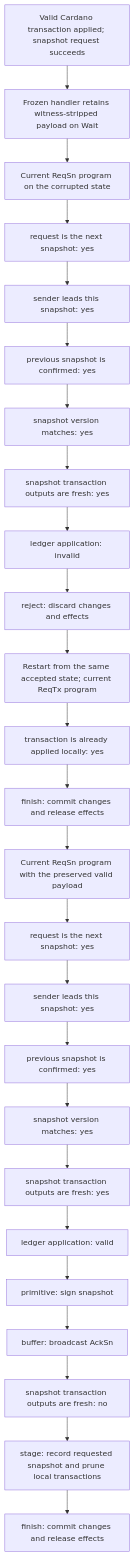
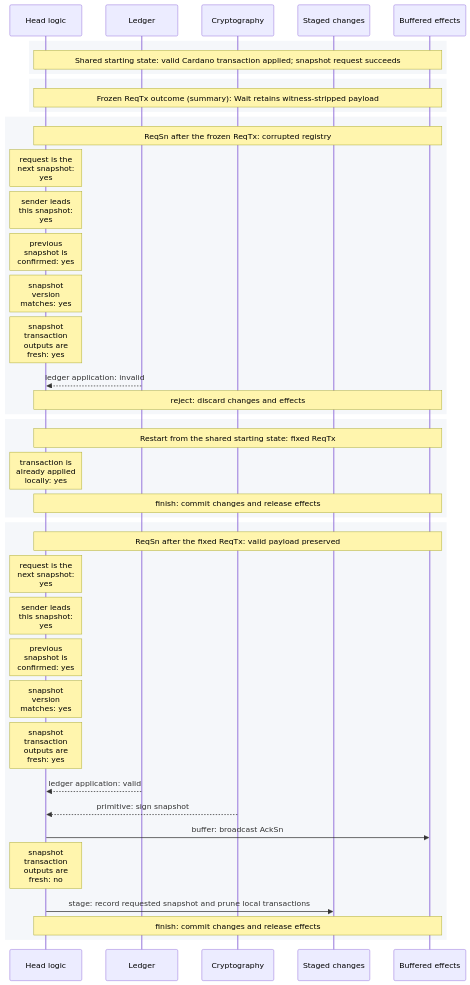
One commit to cardano-scaling/hydra changed the diagram in docs/docs/dev/architecture/head-logic-traces/registry-demo-v1.json.mmd. Above: the diagram before and after it, drawn with Mermaid. The commit also changed 25 other files, not shown here.

Commit message:
re-org diagrams

```diff
--- a/docs/docs/dev/architecture/head-logic-traces/registry-demo-v1.json.mmd
+++ b/docs/docs/dev/architecture/head-logic-traces/registry-demo-v1.json.mmd
@@ -1,50 +1,42 @@
-flowchart TD
-  n0["Valid Cardano transaction applied; snapshot request succeeds"]
-  n1["Frozen handler retains witness-stripped payload on Wait"]
-  n2["Current ReqSn program on the corrupted state"]
-  n3["request is the next snapshot: yes"]
-  n4["sender leads this snapshot: yes"]
-  n5["previous snapshot is confirmed: yes"]
-  n6["snapshot version matches: yes"]
-  n7["snapshot transaction outputs are fresh: yes"]
-  n8["ledger application: invalid"]
-  n9["reject: discard changes and effects"]
-  n10["Restart from the same accepted state; current ReqTx program"]
-  n11["transaction is already applied locally: yes"]
-  n12["finish: commit changes and release effects"]
-  n13["Current ReqSn program with the preserved valid payload"]
-  n14["request is the next snapshot: yes"]
-  n15["sender leads this snapshot: yes"]
-  n16["previous snapshot is confirmed: yes"]
-  n17["snapshot version matches: yes"]
-  n18["snapshot transaction outputs are fresh: yes"]
-  n19["ledger application: valid"]
-  n20["primitive: sign snapshot"]
-  n21["buffer: broadcast AckSn"]
-  n22["snapshot transaction outputs are fresh: no"]
-  n23["stage: record requested snapshot and prune local transactions"]
-  n24["finish: commit changes and release effects"]
-  n0 --> n1
-  n1 --> n2
-  n2 --> n3
-  n3 --> n4
-  n4 --> n5
-  n5 --> n6
-  n6 --> n7
-  n7 --> n8
-  n8 --> n9
-  n9 --> n10
-  n10 --> n11
-  n11 --> n12
-  n12 --> n13
-  n13 --> n14
-  n14 --> n15
-  n15 --> n16
-  n16 --> n17
-  n17 --> n18
-  n18 --> n19
-  n19 --> n20
-  n20 --> n21
-  n21 --> n22
-  n22 --> n23
-  n23 --> n24
+%%{init: {"sequence": {"wrap": true}}}%%
+sequenceDiagram
+  participant logic as Head logic
+  participant ledger as Ledger
+  participant crypto as Cryptography
+  participant changes as Staged changes
+  participant effects as Buffered effects
+  rect rgb(245, 247, 250)
+    Note over logic,effects: Shared starting state: valid Cardano transaction applied#59; snapshot request succeeds
+  end
+  rect rgb(245, 247, 250)
+    Note over logic,effects: Frozen ReqTx outcome (summary): Wait retains witness-stripped payload
+  end
+  rect rgb(245, 247, 250)
+    Note over logic,effects: ReqSn after the frozen ReqTx: corrupted registry
+    Note over logic: request is the next snapshot: yes
+    Note over logic: sender leads this snapshot: yes
+    Note over logic: previous snapshot is confirmed: yes
+    Note over logic: snapshot version matches: yes
+    Note over logic: snapshot transaction outputs are fresh: yes
+    ledger-->>logic: ledger application: invalid
+    Note over logic,effects: reject: discard changes and effects
+  end
+  rect rgb(245, 247, 250)
+    Note over logic,effects: Restart from the shared starting state: fixed ReqTx
+    Note over logic: transaction is already applied locally: yes
+    Note over logic,effects: finish: commit changes and release effects
+  end
+  rect rgb(245, 247, 250)
+    Note over logic,effects: ReqSn after the fixed ReqTx: valid payload preserved
+    Note over logic: request is the next snapshot: yes
+    Note over logic: sender leads this snapshot: yes
+    Note over logic: previous snapshot is confirmed: yes
+    Note over logic: snapshot version matches: yes
+    Note over logic: snapshot transaction outputs are fresh: yes
+    ledger-->>logic: ledger application: valid
+    crypto-->>logic: primitive: sign snapshot
+    logic->>effects: buffer: broadcast AckSn
+    Note over logic: snapshot transaction outputs are fresh: no
+    logic->>changes: stage: record requested snapshot and prune local transactions
+    Note over logic,effects: finish: commit changes and release effects
+  end
```
